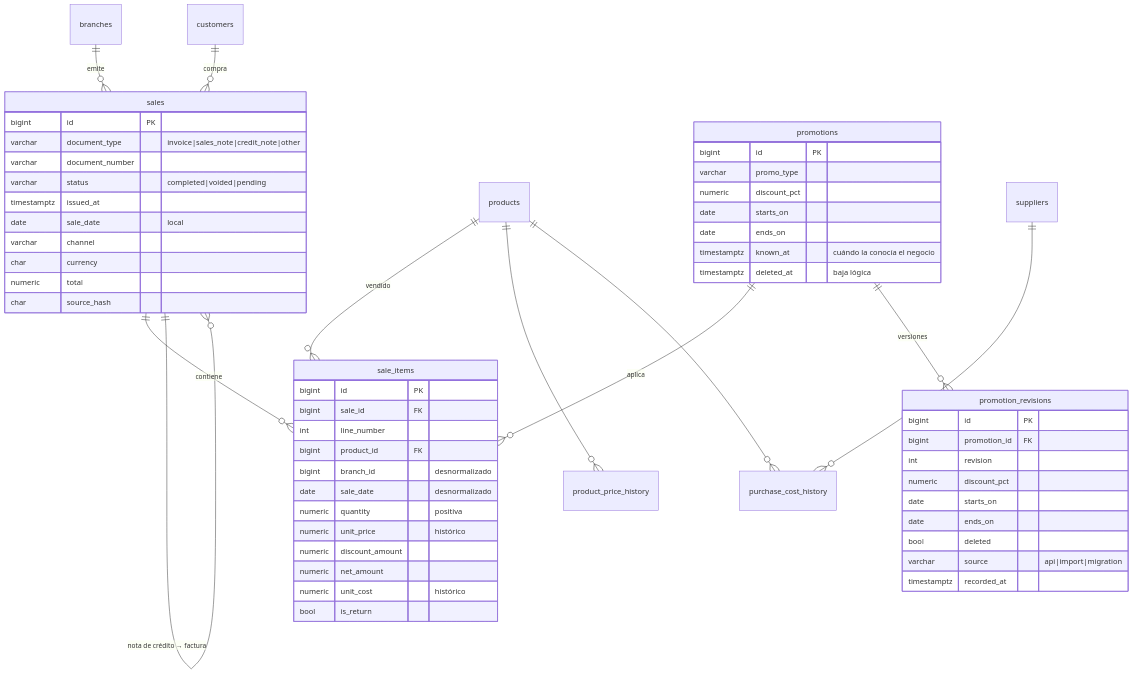
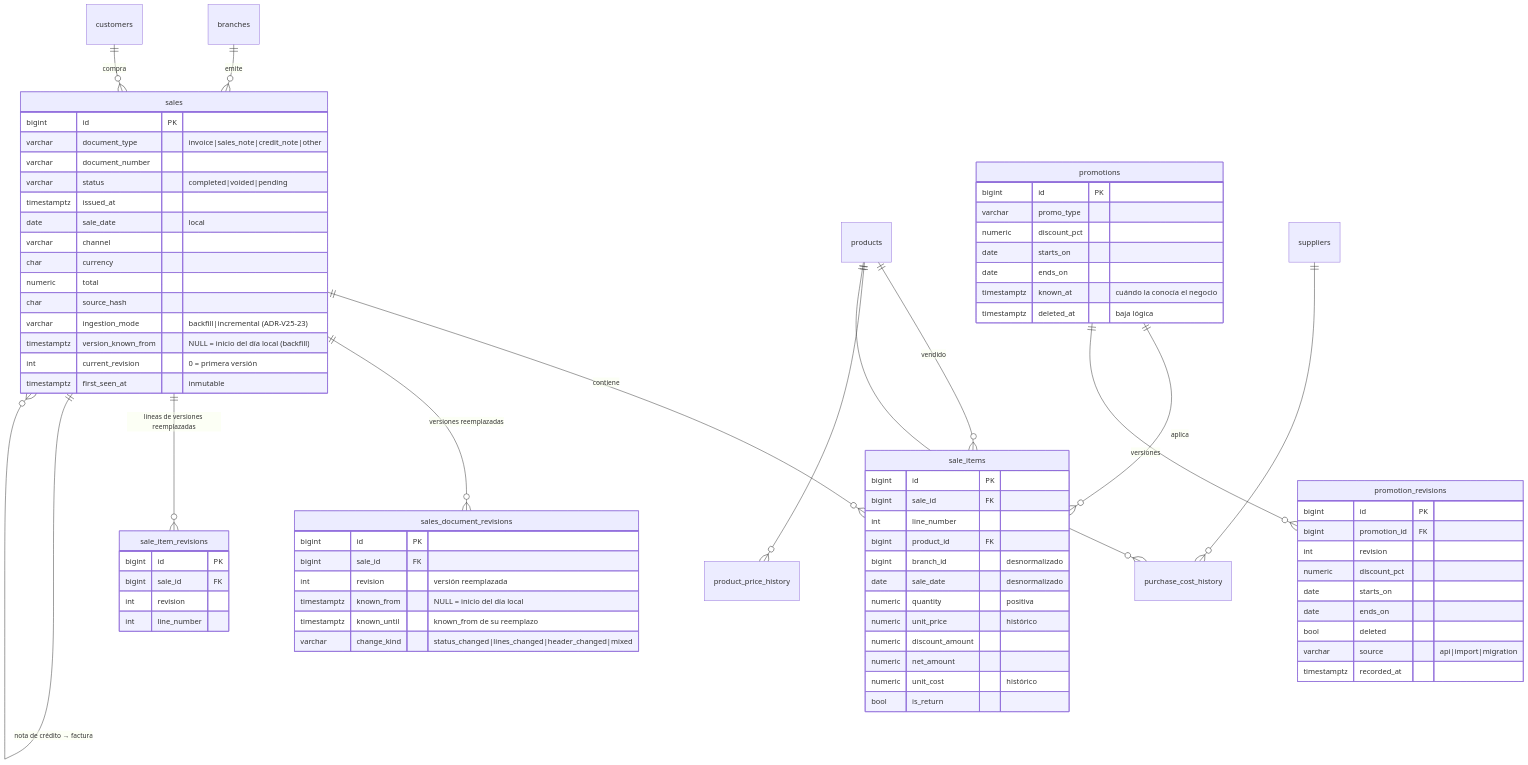
Before and after one commit to LuisPerezB/directily: the fourth of 7 diagrams in docs/03-modelo-datos.md, drawn with Mermaid. The commit also changed other lines of this file and 85 other files, not shown here.

````diff
--- a/docs/03-modelo-datos.md
+++ b/docs/03-modelo-datos.md
@@ -221,60 +221,80 @@
 ```mermaid
 erDiagram
     branches ||--o{ sales : "emite"
     customers ||--o{ sales : "compra"
     sales ||--o{ sale_items : "contiene"
+    sales ||--o{ sales_document_revisions : "versiones reemplazadas"
+    sales ||--o{ sale_item_revisions : "líneas de versiones reemplazadas"
     sales ||--o{ sales : "nota de crédito → factura"
     products ||--o{ sale_items : "vendido"
     promotions ||--o{ sale_items : "aplica"
     promotions ||--o{ promotion_revisions : "versiones"
     products ||--o{ product_price_history : ""
     products ||--o{ purchase_cost_history : ""
     suppliers ||--o{ purchase_cost_history : ""
 
     sales {
         bigint id PK
         varchar document_type "invoice|sales_note|credit_note|other"
         varchar document_number
         varchar status "completed|voided|pending"
         timestamptz issued_at
         date sale_date "local"
         varchar channel
         char currency
         numeric total
         char source_hash
+        varchar ingestion_mode "backfill|incremental (ADR-V25-23)"
+        timestamptz version_known_from "NULL = inicio del día local (backfill)"
+        int current_revision "0 = primera versión"
+        timestamptz first_seen_at "inmutable"
+    }
+    sales_document_revisions {
+        bigint id PK
+        bigint sale_id FK
+        int revision "versión reemplazada"
+        timestamptz known_from "NULL = inicio del día local"
+        timestamptz known_until "known_from de su reemplazo"
+        varchar change_kind "status_changed|lines_changed|header_changed|mixed"
+    }
+    sale_item_revisions {
+        bigint id PK
+        bigint sale_id FK
+        int revision
+        int line_number
     }
     sale_items {
         bigint id PK
         bigint sale_id FK
         int line_number
         bigint product_id FK
         bigint branch_id "desnormalizado"
         date sale_date "desnormalizado"
         numeric quantity "positiva"
         numeric unit_price "histórico"
         numeric discount_amount
         numeric net_amount
         numeric unit_cost "histórico"
         bool is_return
     }
     promotions {
         bigint id PK
         varchar promo_type
         numeric discount_pct
         date starts_on
         date ends_on
         timestamptz known_at "cuándo la conocía el negocio"
         timestamptz deleted_at "baja lógica"
     }
     promotion_revisions {
         bigint id PK
         bigint promotion_id FK
         int revision
         numeric discount_pct
         date starts_on
         date ends_on
         bool deleted
         varchar source "api|import|migration"
         timestamptz recorded_at
     }
 ```
````
